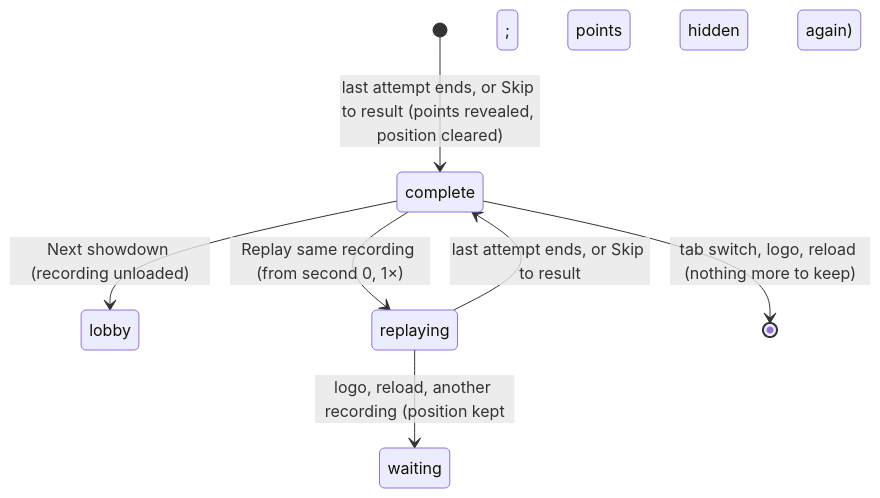
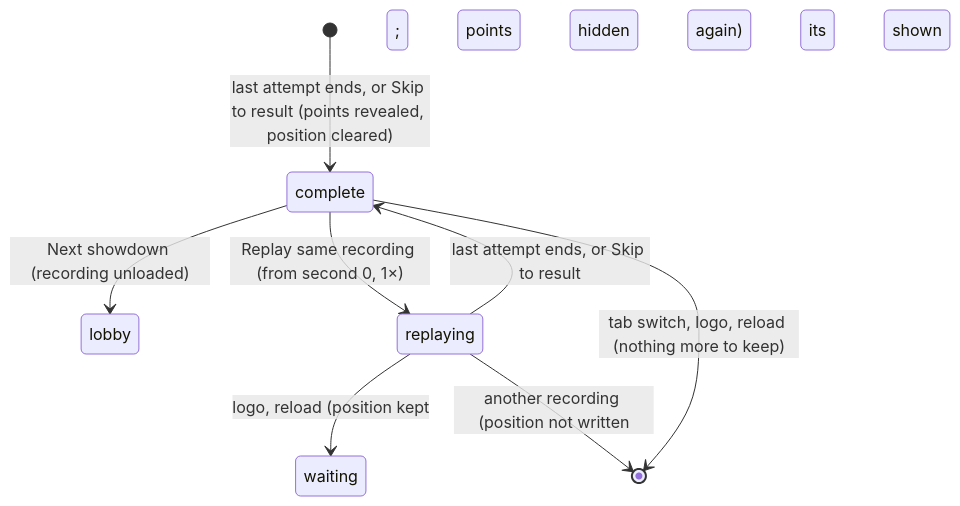
One commit to DougZeThug/Will-You-Be-My-Hero-Arena changed the diagram in docs/product-description/watch/result-and-replay.md. Above: the diagram before and after it, drawn with Mermaid. The commit also changed other lines of this file and 12 other files, not shown here.

````diff
--- a/docs/product-description/watch/result-and-replay.md
+++ b/docs/product-description/watch/result-and-replay.md
@@ -30,9 +30,10 @@
 ```mermaid
 stateDiagram-v2
     [*] --> complete : last attempt ends, or Skip to result (points revealed, position cleared)
     complete --> lobby : Next showdown (recording unloaded)
     complete --> replaying : Replay same recording (from second 0, 1×)
     replaying --> complete : last attempt ends, or Skip to result
-    replaying --> waiting : logo, reload, another recording (position kept; points hidden again)
+    replaying --> waiting : logo, reload (position kept; points hidden again)
+    replaying --> [*] : another recording (position not written; its points shown again)
     complete --> [*] : tab switch, logo, reload (nothing more to keep)
 ```
````
